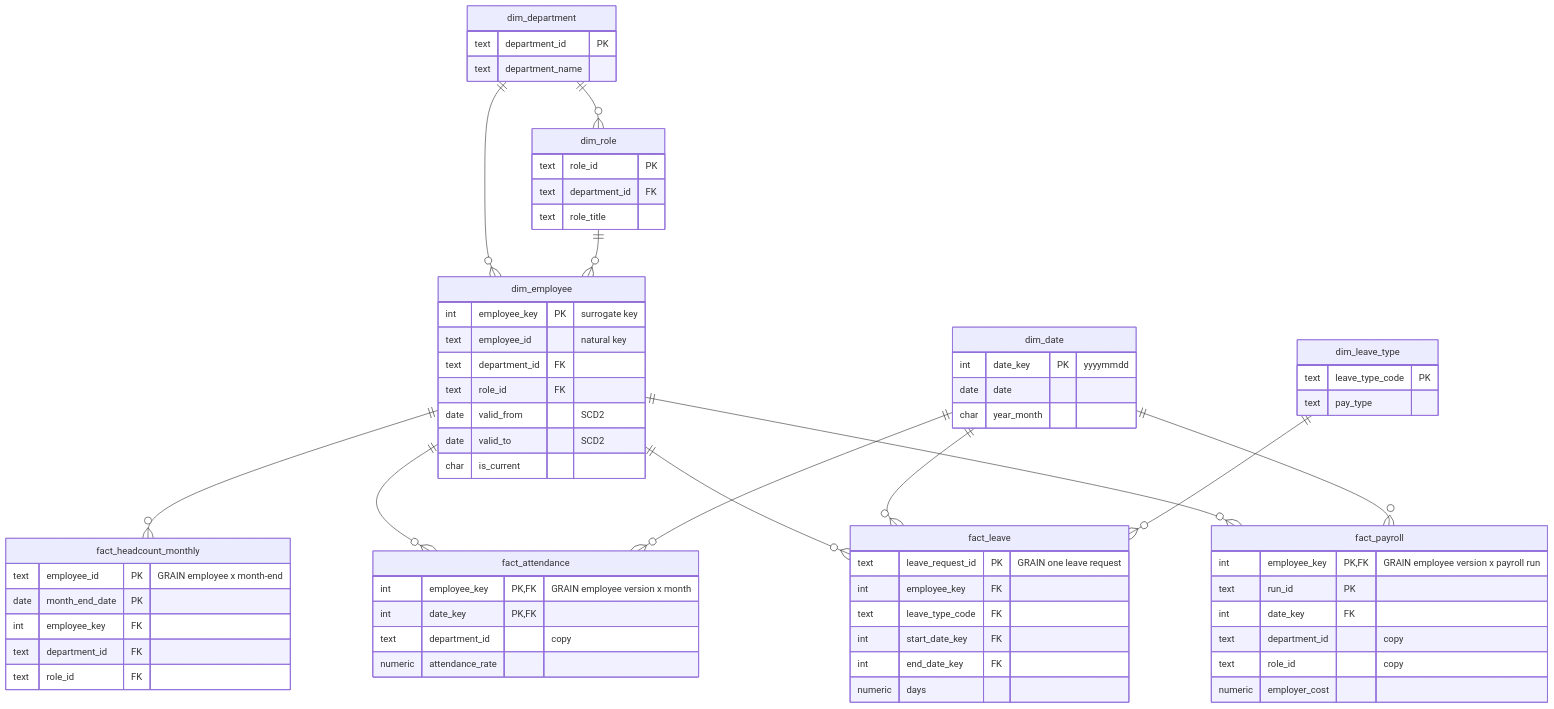
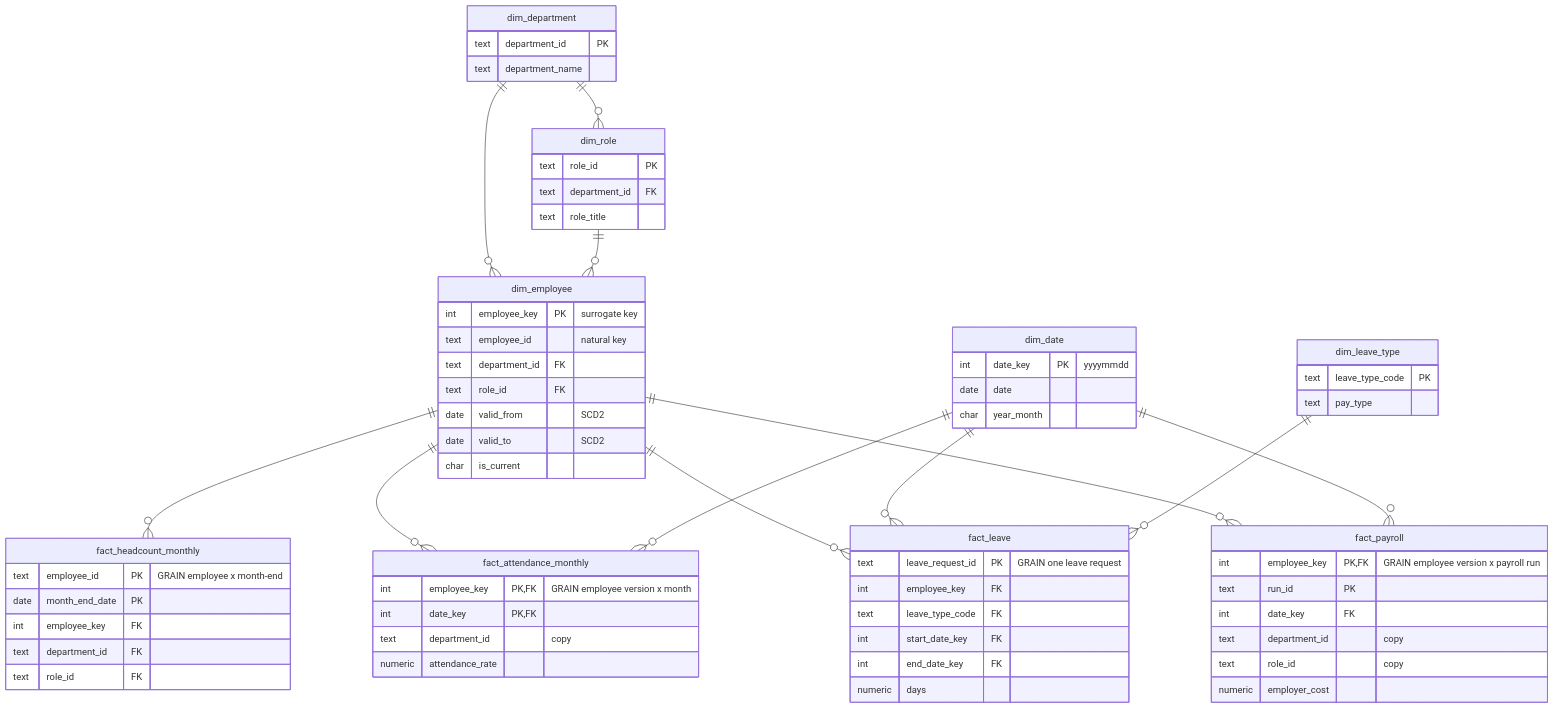
Before and after one commit to abhishekhegdekar/pulseiq: the diagram in docs/schema_diagram.mmd, drawn with Mermaid.

Commit message:
Step 93b: update schema diagram table name

```diff
--- a/docs/schema_diagram.mmd
+++ b/docs/schema_diagram.mmd
@@ -1,69 +1,69 @@
 erDiagram
     dim_department ||--o{ dim_role : "  "
     dim_department ||--o{ dim_employee : "  "
     dim_role ||--o{ dim_employee : "  "
     dim_employee ||--o{ fact_payroll : "  "
-    dim_employee ||--o{ fact_attendance : "  "
+    dim_employee ||--o{ fact_attendance_monthly : "  "
     dim_employee ||--o{ fact_leave : "  "
     dim_employee ||--o{ fact_headcount_monthly : "  "
     dim_date ||--o{ fact_payroll : "  "
-    dim_date ||--o{ fact_attendance : "  "
+    dim_date ||--o{ fact_attendance_monthly : "  "
     dim_date ||--o{ fact_leave : "  "
     dim_leave_type ||--o{ fact_leave : "  "
 
     dim_department {
         text department_id PK
         text department_name
     }
     dim_role {
         text role_id PK
         text department_id FK
         text role_title
     }
     dim_employee {
         int employee_key PK "surrogate key"
         text employee_id "natural key"
         text department_id FK
         text role_id FK
         date valid_from "SCD2"
         date valid_to "SCD2"
         char is_current
     }
     dim_date {
         int date_key PK "yyyymmdd"
         date date
         char year_month
     }
     dim_leave_type {
         text leave_type_code PK
         text pay_type
     }
     fact_payroll {
         int employee_key PK, FK "GRAIN employee version x payroll run"
         text run_id PK
         int date_key FK
         text department_id "copy"
         text role_id "copy"
         numeric employer_cost
     }
-    fact_attendance {
+    fact_attendance_monthly {
         int employee_key PK, FK "GRAIN employee version x month"
         int date_key PK, FK
         text department_id "copy"
         numeric attendance_rate
     }
     fact_leave {
         text leave_request_id PK "GRAIN one leave request"
         int employee_key FK
         text leave_type_code FK
         int start_date_key FK
         int end_date_key FK
         numeric days
     }
     fact_headcount_monthly {
         text employee_id PK "GRAIN employee x month-end"
         date month_end_date PK
         int employee_key FK
         text department_id FK
         text role_id FK
     }
```
